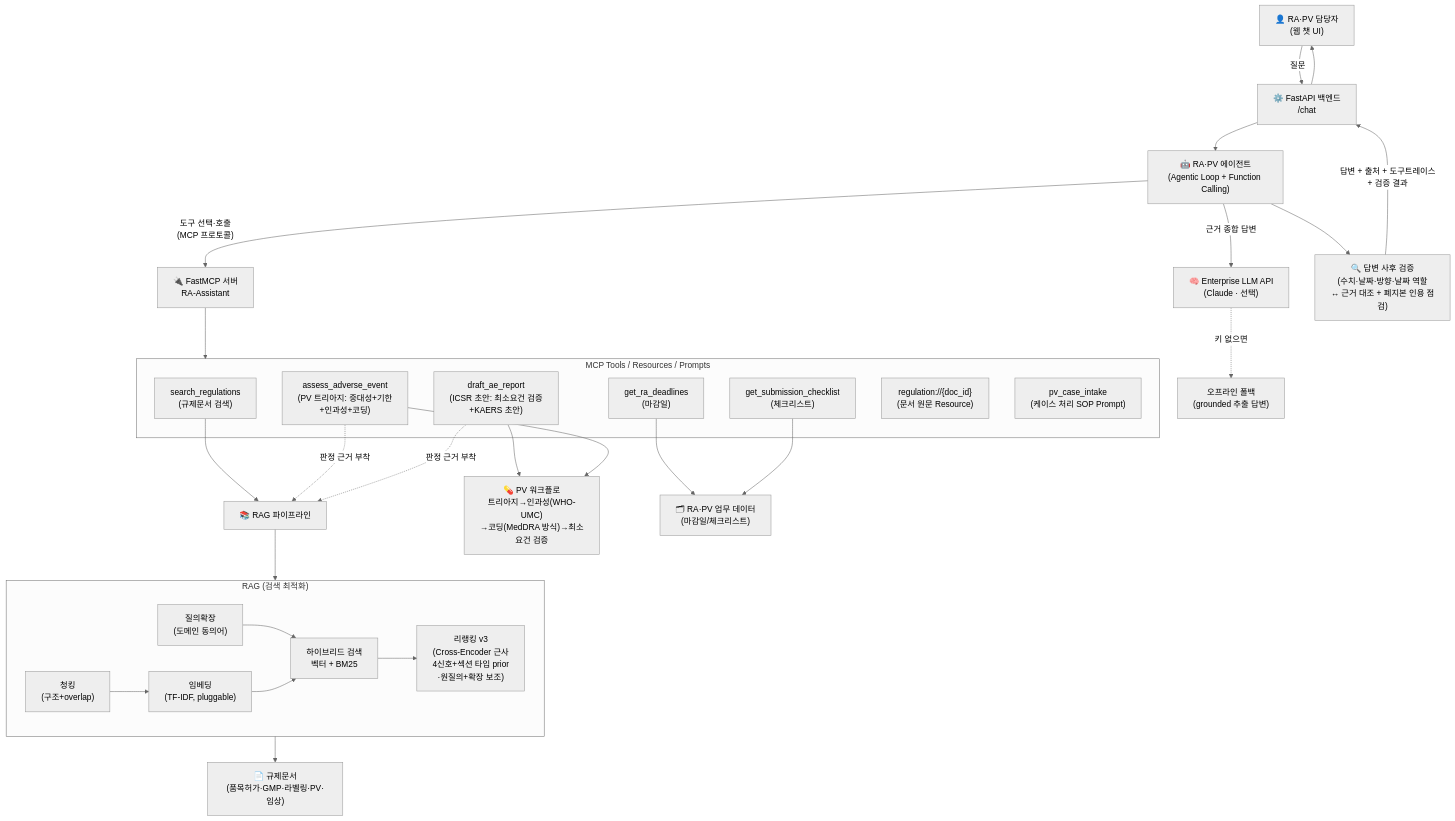
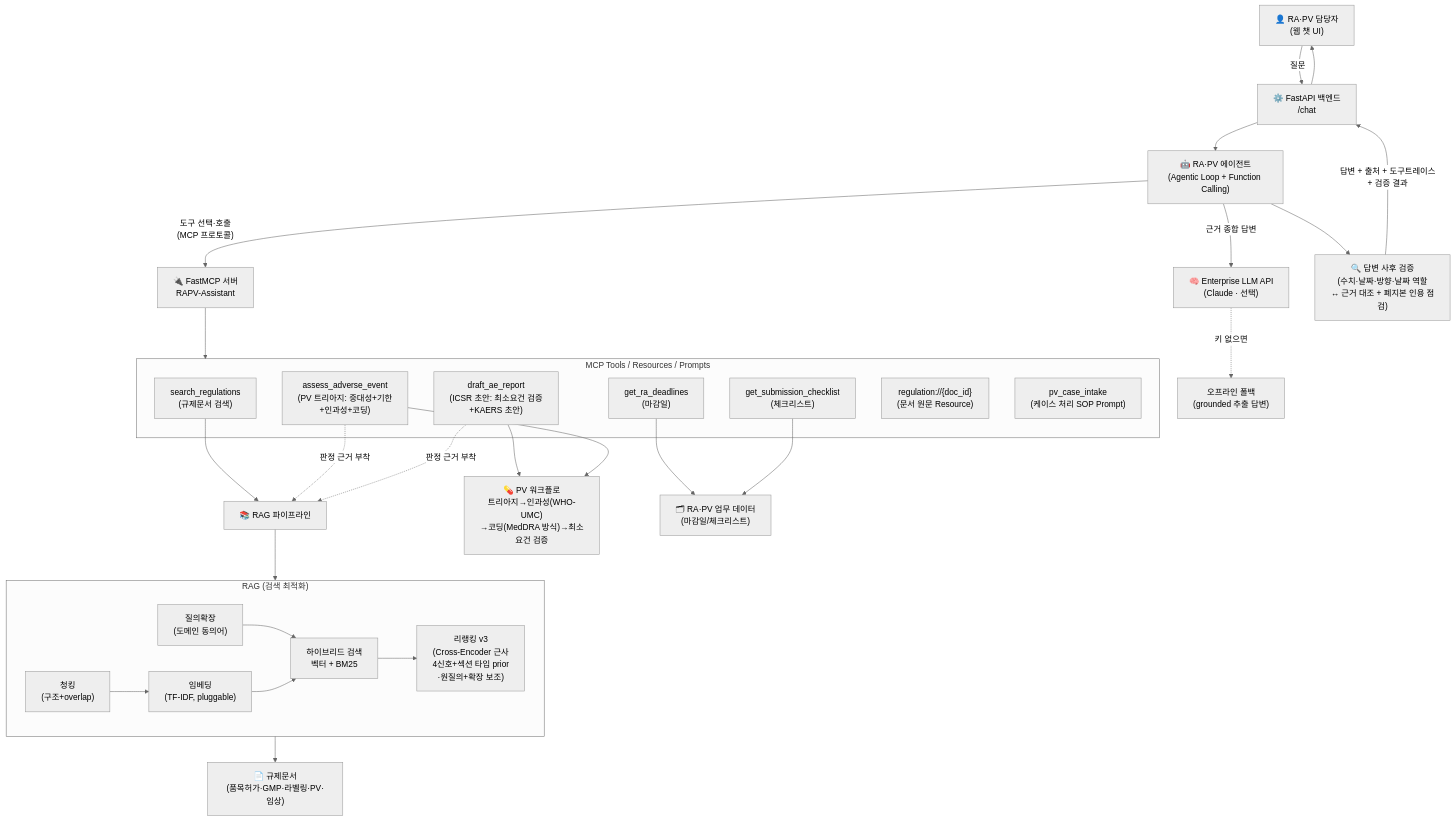
The diagram in project/README.md (chaeyoo/letsgogc), drawn with Mermaid (neutral theme) before and after one commit. The commit also changed other lines of this file and 21 other files, not shown here.

````diff
--- a/project/README.md
+++ b/project/README.md
@@ -51,41 +51,41 @@
 ```mermaid
 flowchart TB
     U["👤 RA·PV 담당자<br/>(웹 챗 UI)"] -->|질문| API["⚙️ FastAPI 백엔드<br/>/chat"]
     API --> AG["🤖 RA·PV 에이전트<br/>(Agentic Loop + Function Calling)"]
 
-    AG -->|"도구 선택·호출<br/>(MCP 프로토콜)"| MCP["🔌 FastMCP 서버<br/>RA-Assistant"]
+    AG -->|"도구 선택·호출<br/>(MCP 프로토콜)"| MCP["🔌 FastMCP 서버<br/>RAPV-Assistant"]
 
     subgraph MCP_TOOLS["MCP Tools / Resources / Prompts"]
         T1["search_regulations<br/>(규제문서 검색)"]
         T2["get_ra_deadlines<br/>(마감일)"]
         T3["get_submission_checklist<br/>(체크리스트)"]
         T4["assess_adverse_event<br/>(PV 트리아지: 중대성+기한<br/>+인과성+코딩)"]
         T5["draft_ae_report<br/>(ICSR 초안: 최소요건 검증<br/>+KAERS 초안)"]
         R1["regulation://{doc_id}<br/>(문서 원문 Resource)"]
         P1["pv_case_intake<br/>(케이스 처리 SOP Prompt)"]
     end
     MCP --> MCP_TOOLS
 
     T1 --> RAG["📚 RAG 파이프라인"]
     T4 -.->|"판정 근거 부착"| RAG
     T5 -.->|"판정 근거 부착"| RAG
     T5 --> PV["💊 PV 워크플로<br/>트리아지→인과성(WHO-UMC)<br/>→코딩(MedDRA 방식)→최소요건 검증"]
     T4 --> PV
     subgraph RAG_PIPE["RAG (검색 최적화)"]
         C1["청킹<br/>(구조+overlap)"] --> C2["임베딩<br/>(TF-IDF, pluggable)"]
         C0["질의확장<br/>(도메인 동의어)"] --> C3["하이브리드 검색<br/>벡터 + BM25"]
         C2 --> C3
         C3 --> C4["리랭킹 v3<br/>(Cross-Encoder 근사<br/>4신호+섹션 타입 prior<br/>·원질의+확장 보조)"]
     end
     RAG --> RAG_PIPE
     RAG_PIPE --> DOCS["📄 규제문서<br/>(품목허가·GMP·라벨링·PV·임상)"]
 
     T2 --> DB["🗂 RA·PV 업무 데이터<br/>(마감일/체크리스트)"]
     T3 --> DB
 
     AG -->|"근거 종합 답변"| LLM["🧠 Enterprise LLM API<br/>(Claude · 선택)"]
     LLM -.->|"키 없으면"| FB["오프라인 폴백<br/>(grounded 추출 답변)"]
 
     AG --> VER["🔍 답변 사후 검증<br/>(수치·날짜·방향·날짜 역할<br/>↔ 근거 대조 + 폐지본 인용 점검)"]
     VER -->|"답변 + 출처 + 도구트레이스<br/>+ 검증 결과"| API --> U
 ```
````
